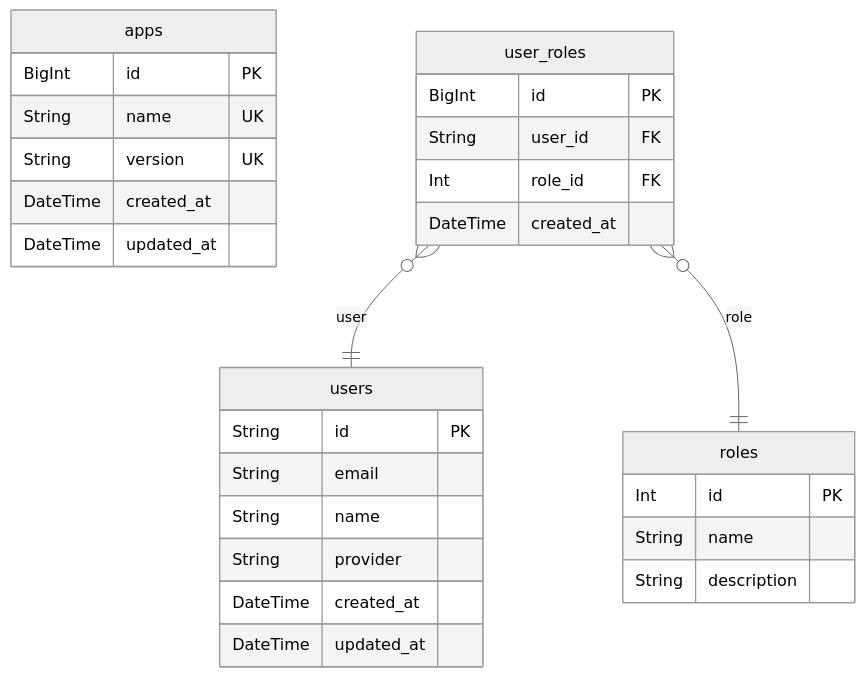
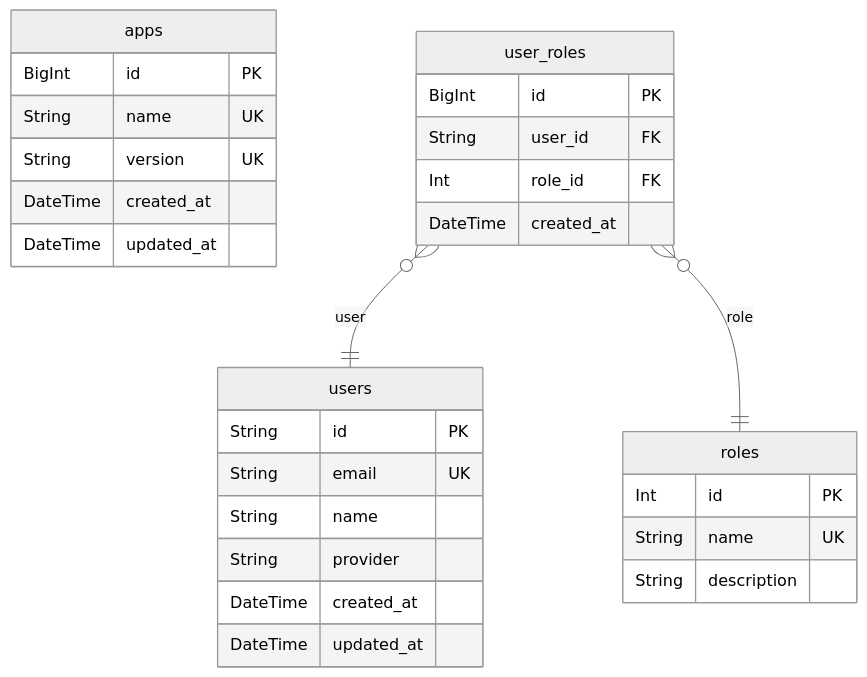
Before and after one commit to sweatpotato13/nestjs-boilerplate: the diagram in prisma/README.md, drawn with Mermaid (neutral theme). The commit also changed 8 other files, not shown here.

````diff
--- a/prisma/README.md
+++ b/prisma/README.md
@@ -9,31 +9,31 @@
 ```mermaid
 erDiagram
 "apps" {
   BigInt id PK
   String name UK
   String version UK
   DateTime created_at
   DateTime updated_at
 }
 "users" {
   String id PK
-  String email
+  String email UK
   String name
   String provider
   DateTime created_at
   DateTime updated_at
 }
 "roles" {
   Int id PK
-  String name
+  String name UK
   String description
 }
 "user_roles" {
   BigInt id PK
   String user_id FK
   Int role_id FK
   DateTime created_at
 }
 "user_roles" }o--|| "users" : user
 "user_roles" }o--|| "roles" : role
 ```
````
